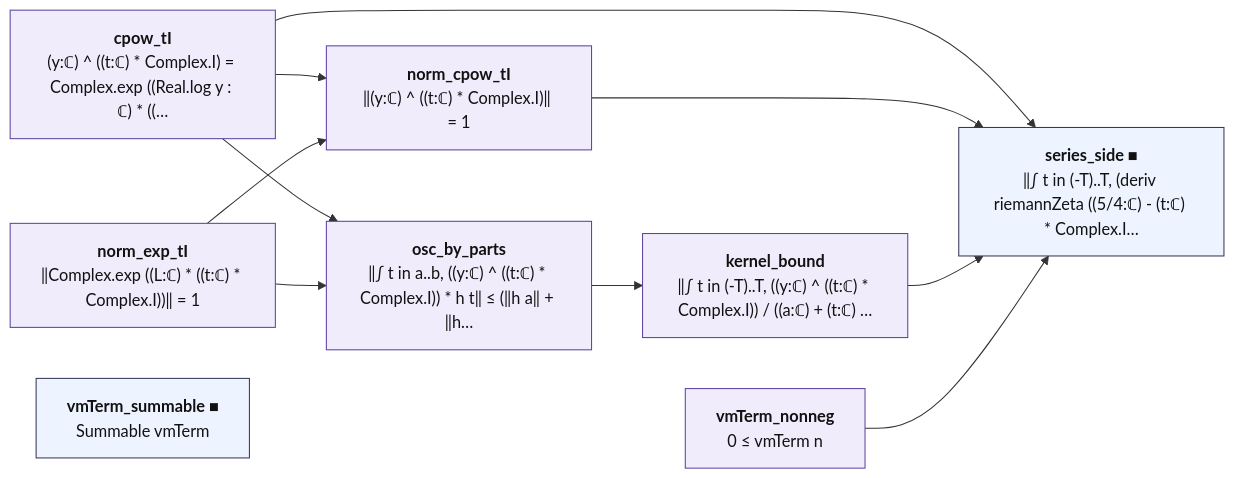
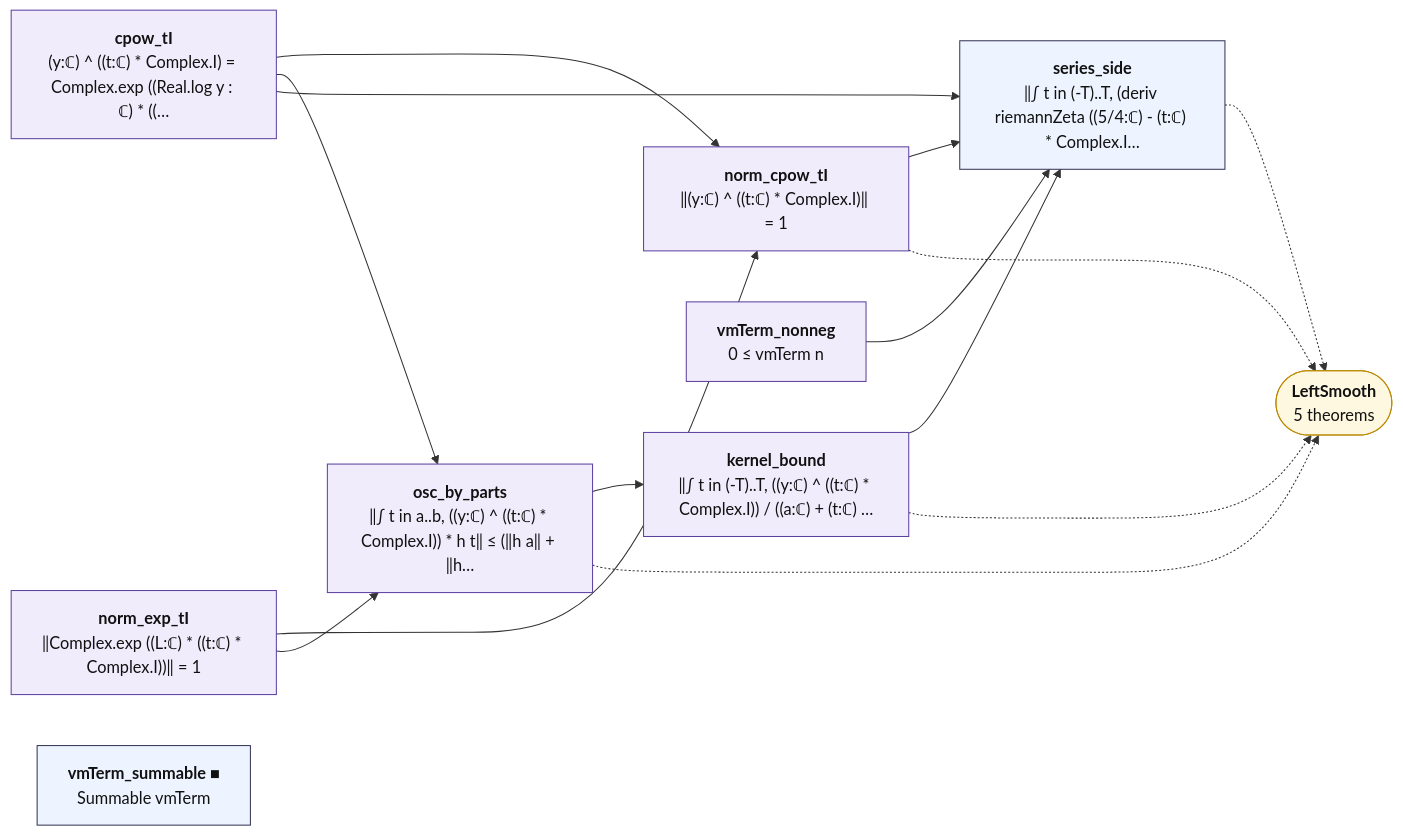
Before and after one commit to juliansambranojr/Primebeat_081426: the diagram in map/lean_stage3/LeftKernel.mmd, drawn with Mermaid. The commit also changed 34 other files, not shown here.

```diff
--- a/map/lean_stage3/LeftKernel.mmd
+++ b/map/lean_stage3/LeftKernel.mmd
@@ -1,26 +1,31 @@
 flowchart LR
   n0["<b>cpow_tI</b><br/>(y:ℂ) ^ ((t:ℂ) * Complex.I) = Complex.exp ((Real.log y : ℂ) * ((…"]:::shp
   n1["<b>norm_exp_tI</b><br/>‖Complex.exp ((L:ℂ) * ((t:ℂ) * Complex.I))‖ = 1"]:::shp
   n2["<b>norm_cpow_tI</b><br/>‖(y:ℂ) ^ ((t:ℂ) * Complex.I)‖ = 1"]:::shp
   n3["<b>osc_by_parts</b><br/>‖∫ t in a..b, ((y:ℂ) ^ ((t:ℂ) * Complex.I)) * h t‖ ≤ (‖h a‖ + ‖h…"]:::shp
   n4["<b>kernel_bound</b><br/>‖∫ t in (-T)..T, ((y:ℂ) ^ ((t:ℂ) * Complex.I)) / ((a:ℂ) + (t:ℂ) …"]:::shp
   n5["<b>vmTerm_nonneg</b><br/>0 ≤ vmTerm n"]:::shp
   n6["<b>vmTerm_summable ■</b><br/>Summable vmTerm"]:::thm
-  n7["<b>series_side ■</b><br/>‖∫ t in (-T)..T, (deriv riemannZeta ((5/4:ℂ) - (t:ℂ) * Complex.I…"]:::thm
+  n7["<b>series_side</b><br/>‖∫ t in (-T)..T, (deriv riemannZeta ((5/4:ℂ) - (t:ℂ) * Complex.I…"]:::thm
+  x0(["<b>LeftSmooth</b><br/>5 theorems"]):::ext
   n0 --> n2
   n0 --> n3
   n0 --> n7
   n1 --> n2
   n1 --> n3
   n2 --> n7
   n3 --> n4
   n4 --> n7
   n5 --> n7
+  n2 -.-> x0
+  n3 -.-> x0
+  n4 -.-> x0
+  n7 -.-> x0
   classDef cnt fill:#dff5ec,stroke:#17694a,color:#111
   classDef shp fill:#f1ecfb,stroke:#5b3fa0,color:#111
   classDef rh fill:#ffe5e5,stroke:#c22,color:#111,stroke-width:2px
   classDef thm fill:#eef4ff,stroke:#335,color:#111
   classDef end_ fill:#e7f7e7,stroke:#2a7,color:#111,stroke-width:2px
   classDef lone fill:#fff,stroke:#999,color:#111,stroke-dasharray:4 3
   classDef bad fill:#ffe5e5,stroke:#c22,color:#111,stroke-width:2px
   classDef ext fill:#fff8e1,stroke:#b80,color:#111
```
